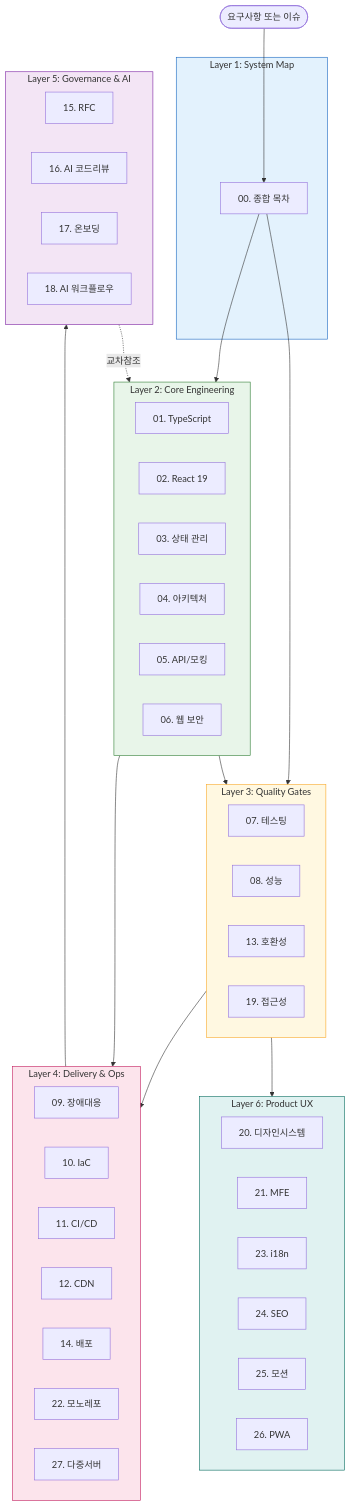
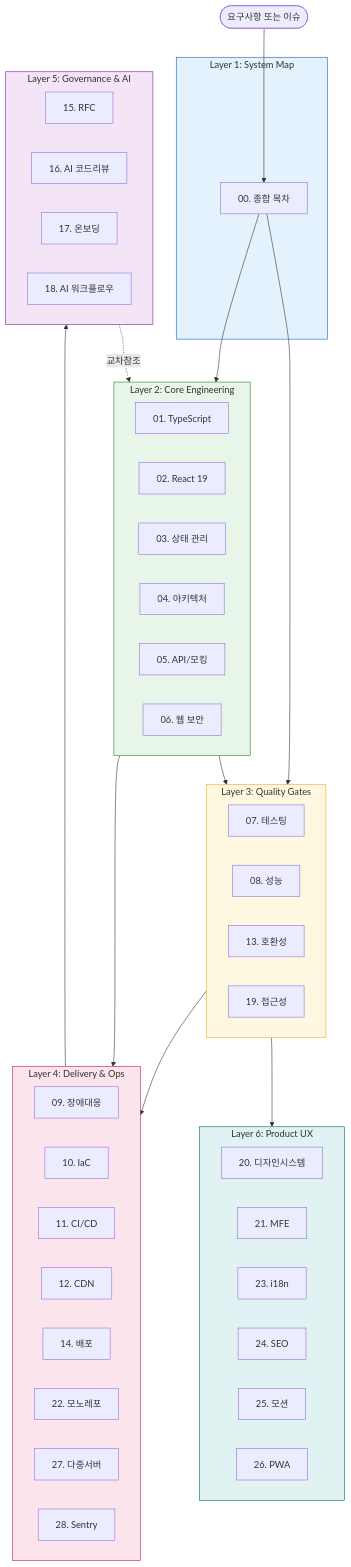
One commit to blue45f/heejun changed the first of 9 diagrams in public/개발가이드/00_종합_가이드_목차.md. Above: the diagram before and after it, drawn with Mermaid. The commit also changed other lines of this file and 6 other files, not shown here.

````diff
--- a/public/개발가이드/00_종합_가이드_목차.md
+++ b/public/개발가이드/00_종합_가이드_목차.md
@@ -13,67 +13,68 @@
 ```mermaid
 flowchart TB
   Start(["요구사항 또는 이슈"])
 
   subgraph L1["Layer 1: System Map"]
     D00["00. 종합 목차"]
   end
 
   subgraph L2["Layer 2: Core Engineering"]
     D01["01. TypeScript"]
     D02["02. React 19"]
     D03["03. 상태 관리"]
     D04["04. 아키텍처"]
     D05["05. API/모킹"]
     D06["06. 웹 보안"]
   end
 
   subgraph L3["Layer 3: Quality Gates"]
     D07["07. 테스팅"]
     D08["08. 성능"]
     D13["13. 호환성"]
     D19["19. 접근성"]
   end
 
   subgraph L4["Layer 4: Delivery & Ops"]
     D09["09. 장애대응"]
     D10["10. IaC"]
     D11["11. CI/CD"]
     D12["12. CDN"]
     D14["14. 배포"]
     D22["22. 모노레포"]
     D27["27. 다중서버"]
+    D28["28. Sentry"]
   end
 
   subgraph L5["Layer 5: Governance & AI"]
     D15["15. RFC"]
     D16["16. AI 코드리뷰"]
     D17["17. 온보딩"]
     D18["18. AI 워크플로우"]
   end
 
   subgraph L6["Layer 6: Product UX"]
     D20["20. 디자인시스템"]
     D21["21. MFE"]
     D23["23. i18n"]
     D24["24. SEO"]
     D25["25. 모션"]
     D26["26. PWA"]
   end
 
   Start --> D00
   D00 --> L2
   D00 --> L3
   L2 --> L3
   L3 --> L4
   L2 --> L4
   L4 --> L5
   L3 --> L6
   L5 -.교차참조.-> L2
 
   style L1 fill:#e3f2fd,stroke:#1565c0
   style L2 fill:#e8f5e9,stroke:#2e7d32
   style L3 fill:#fff8e1,stroke:#f9a825
   style L4 fill:#fce4ec,stroke:#c2185b
   style L5 fill:#f3e5f5,stroke:#7b1fa2
   style L6 fill:#e0f2f1,stroke:#00695c
 ```
````
